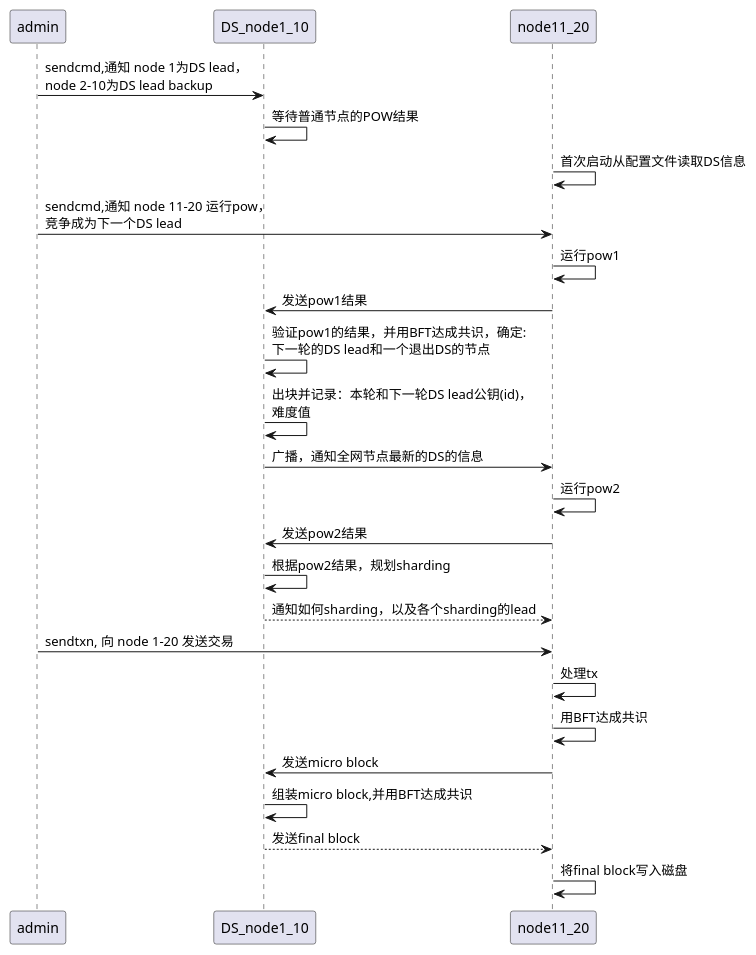
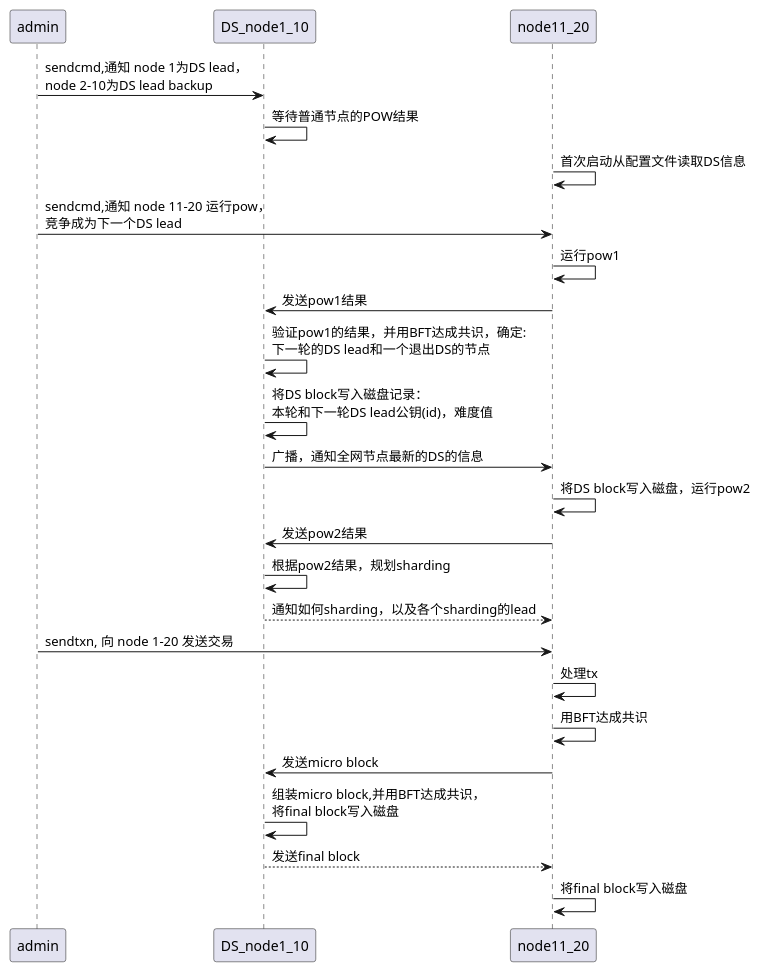
One commit to zccst/Zilliqa changed the diagram in wkdir/uml/workflow.overview.puml. Above: the diagram before and after it, drawn with PlantUML. The commit also changed 2 other files, not shown here.

```diff
--- a/wkdir/uml/workflow.overview.puml
+++ b/wkdir/uml/workflow.overview.puml
@@ -1,45 +1,41 @@
 @startuml
 
 admin -> DS_node1_10: sendcmd,通知 node 1为DS lead，\nnode 2-10为DS lead backup
 
 
 DS_node1_10 -> DS_node1_10: 等待普通节点的POW结果
 
 node11_20 -> node11_20: 首次启动从配置文件读取DS信息
 admin -> node11_20: sendcmd,通知 node 11-20 运行pow，\n竞争成为下一个DS lead
 
 node11_20 -> node11_20: 运行pow1
 
 node11_20 -> DS_node1_10: 发送pow1结果
 
 DS_node1_10 -> DS_node1_10: 验证pow1的结果，并用BFT达成共识，确定:\n下一轮的DS lead和一个退出DS的节点
 
-DS_node1_10 -> DS_node1_10: 出块并记录：本轮和下一轮DS lead公钥(id)，\n难度值
+DS_node1_10 -> DS_node1_10: 将DS block写入磁盘记录：\n本轮和下一轮DS lead公钥(id)，难度值
 
 DS_node1_10 -> node11_20: 广播，通知全网节点最新的DS的信息
 
-node11_20 -> node11_20: 运行pow2
+node11_20 -> node11_20: 将DS block写入磁盘，运行pow2
 node11_20 -> DS_node1_10: 发送pow2结果
 
 DS_node1_10 -> DS_node1_10: 根据pow2结果，规划sharding
 
 node11_20 <-- DS_node1_10: 通知如何sharding，以及各个sharding的lead
 
 admin -> node11_20: sendtxn, 向 node 1-20 发送交易
 
 node11_20 -> node11_20: 处理tx
 node11_20 -> node11_20: 用BFT达成共识
 
 node11_20 -> DS_node1_10: 发送micro block
 
-DS_node1_10 -> DS_node1_10: 组装micro block,并用BFT达成共识
+DS_node1_10 -> DS_node1_10: 组装micro block,并用BFT达成共识，\n将final block写入磁盘
 
 node11_20 <-- DS_node1_10: 发送final block
 node11_20 -> node11_20: 将final block写入磁盘
 
 
-
-
-
-
 @enduml
```
